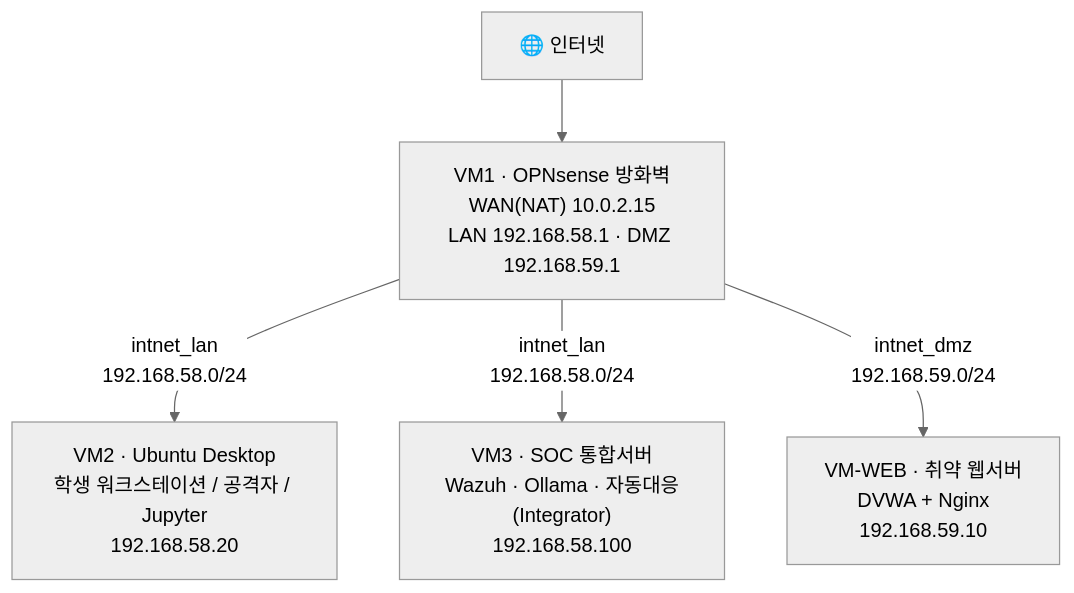
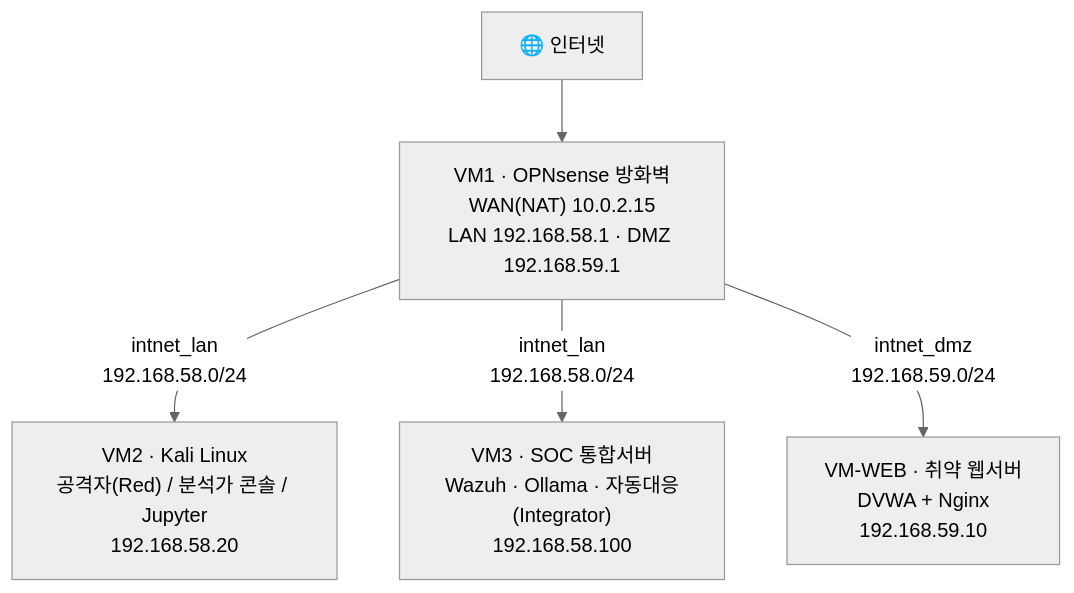
One commit to sbaek100/sbaek100.github.io changed the diagram in _posts/1.응용강의/aiwebsec/2026-12-08-aiwebsec-28-siem-vm-setup.md. Above: the diagram before and after it, drawn with Mermaid (neutral theme). The commit also changed other lines of this file and 3 other files, not shown here.

First line of the commit message:
docs(aiwebsec): 6부 SIEM 공격자 VM을 Ubuntu Desktop→Kali로 전환

````diff
--- a/_posts/1.응용강의/aiwebsec/2026-12-08-aiwebsec-28-siem-vm-setup.md
+++ b/_posts/1.응용강의/aiwebsec/2026-12-08-aiwebsec-28-siem-vm-setup.md
@@ -55,13 +55,13 @@
 ```mermaid
 graph TB
     INET["🌐 인터넷"]
     FW["VM1 · OPNsense 방화벽<br/>WAN(NAT) 10.0.2.15<br/>LAN 192.168.58.1 · DMZ 192.168.59.1"]
-    VM2["VM2 · Ubuntu Desktop<br/>학생 워크스테이션 / 공격자 / Jupyter<br/>192.168.58.20"]
+    VM2["VM2 · Kali Linux<br/>공격자(Red) / 분석가 콘솔 / Jupyter<br/>192.168.58.20"]
     VM3["VM3 · SOC 통합서버<br/>Wazuh · Ollama · 자동대응(Integrator)<br/>192.168.58.100"]
     WEB["VM-WEB · 취약 웹서버<br/>DVWA + Nginx<br/>192.168.59.10"]
 
     INET --> FW
     FW -->|"intnet_lan<br/>192.168.58.0/24"| VM2
     FW -->|"intnet_lan<br/>192.168.58.0/24"| VM3
     FW -->|"intnet_dmz<br/>192.168.59.0/24"| WEB
 ```
````
